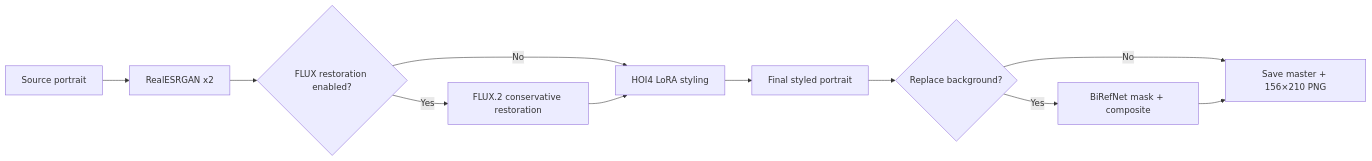
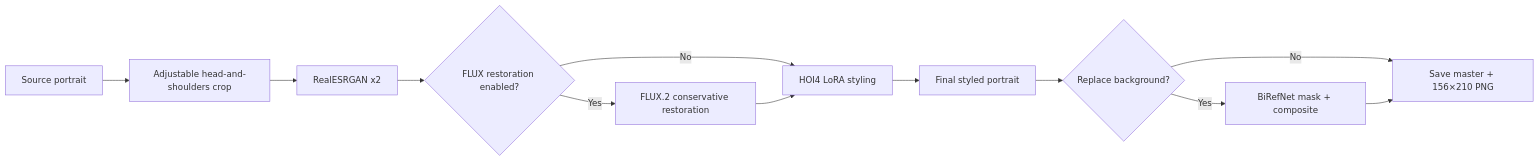
The diagram in README.md (klimPaskov/comfyui-hoi4-portraits), drawn with Mermaid before and after one commit. The commit also changed other lines of this file and 36 other files, not shown here.

Commit message:
feat: add source-anchored portrait workflows and gallery

````diff
--- a/README.md
+++ b/README.md
@@ -34,11 +34,12 @@
 ```mermaid
 flowchart LR
-    A["Source portrait"] --> B["RealESRGAN x2"]
+    A["Source portrait"] --> CROP["Adjustable head-and-shoulders crop"]
+    CROP --> B["RealESRGAN x2"]
     B --> C{"FLUX restoration enabled?"}
     C -->|No| D["HOI4 LoRA styling"]
     C -->|Yes| R["FLUX.2 conservative restoration"] --> D
     D --> E["Final styled portrait"]
     E --> F{"Replace background?"}
     F -->|No| G["Save master + 156×210 PNG"]
     F -->|Yes| H["BiRefNet mask + composite"] --> G
 ```
````
